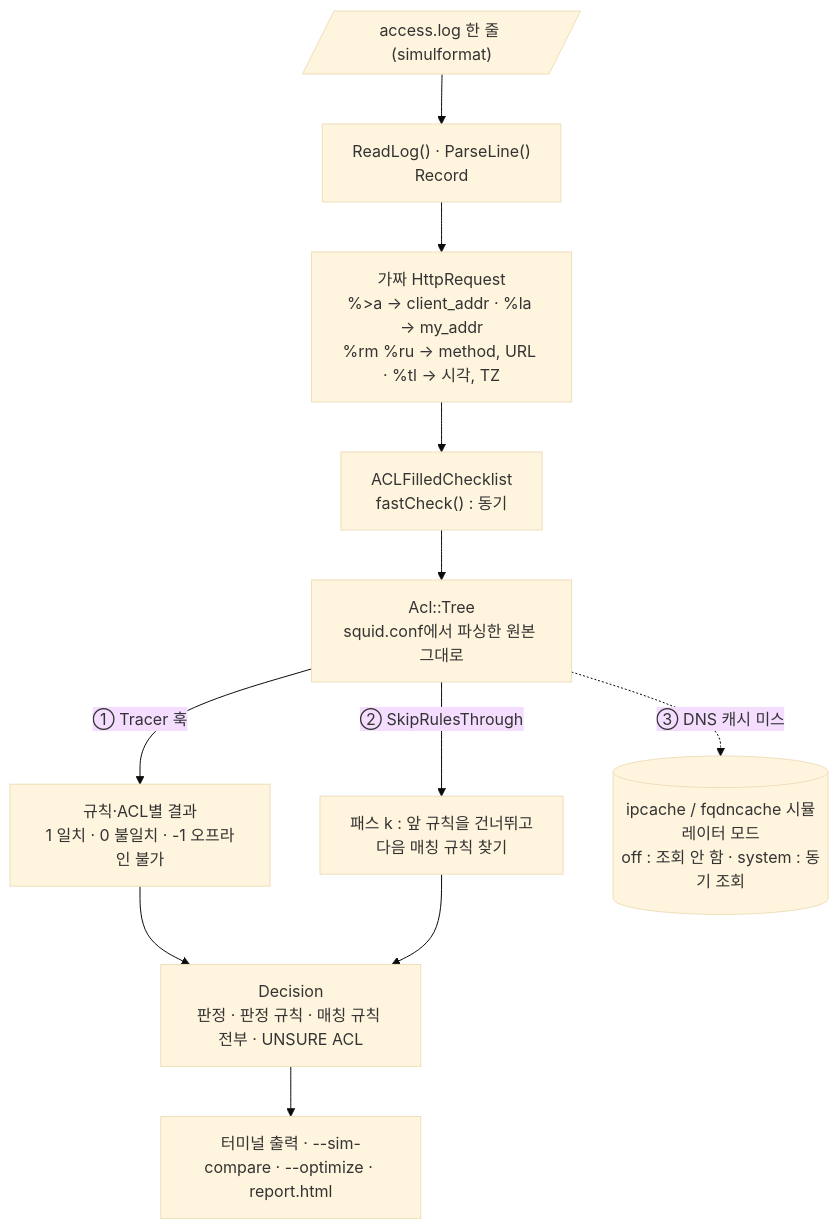
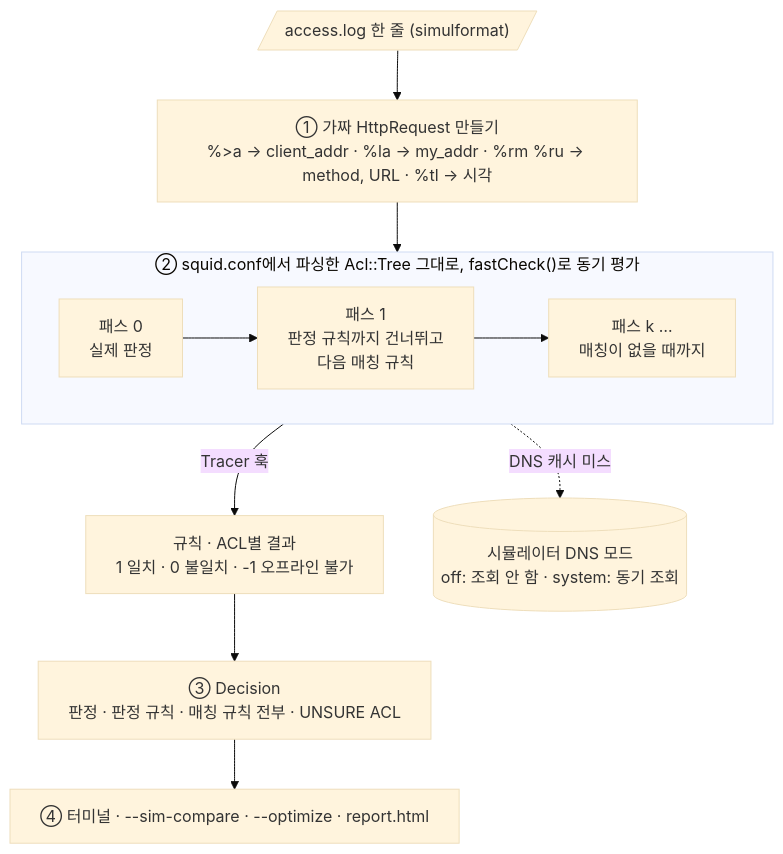
The second of 2 diagrams in README.md (hyeonsa-claude/squid-simulator), drawn with Mermaid (base theme) before and after one commit. The commit also changed other lines of this file, not shown here.

Commit message:
README: compact the two diagrams so labels do not wrap mid-word

````diff
--- a/README.md
+++ b/README.md
@@ -139,13 +138,16 @@
 ```mermaid
+%%{init: {"flowchart": {"wrappingWidth": 420}}}%%
 flowchart TD
-    LOG[/"access.log 한 줄 (simulformat)"/] --> P["ReadLog() · ParseLine()<br/>Record"]
-    P --> RQ["가짜 HttpRequest<br/>%>a → client_addr · %la → my_addr<br/>%rm %ru → method, URL · %tl → 시각, TZ"]
-    RQ --> F["ACLFilledChecklist<br/>fastCheck() : 동기"]
-    F --> T["Acl::Tree<br/>squid.conf에서 파싱한 원본 그대로"]
-    T -->|"① Tracer 훅"| OBS["규칙·ACL별 결과<br/>1 일치 · 0 불일치 · -1 오프라인 불가"]
-    T -->|"② SkipRulesThrough"| MP["패스 k : 앞 규칙을 건너뛰고<br/>다음 매칭 규칙 찾기"]
-    T -.->|"③ DNS 캐시 미스"| DNS[("ipcache / fqdncache 시뮬레이터 모드<br/>off : 조회 안 함 · system : 동기 조회")]
-    OBS --> DEC["Decision<br/>판정 · 판정 규칙 · 매칭 규칙 전부 · UNSURE ACL"]
-    MP --> DEC
-    DEC --> OUT["터미널 출력 · --sim-compare · --optimize · report.html"]
+    LOG[/"access.log 한 줄 (simulformat)"/] --> RQ["① 가짜 HttpRequest 만들기<br/>%>a → client_addr · %la → my_addr · %rm %ru → method, URL · %tl → 시각"]
+    RQ --> T
+
+    subgraph T["② squid.conf에서 파싱한 Acl::Tree 그대로, fastCheck()로 동기 평가"]
+        direction LR
+        P0["패스 0<br/>실제 판정"] --> P1["패스 1<br/>판정 규칙까지 건너뛰고<br/>다음 매칭 규칙"] --> PK["패스 k …<br/>매칭이 없을 때까지"]
+    end
+
+    T -->|"Tracer 훅"| OBS["규칙 · ACL별 결과<br/>1 일치 · 0 불일치 · -1 오프라인 불가"]
+    T -.->|"DNS 캐시 미스"| DNS[("시뮬레이터 DNS 모드<br/>off: 조회 안 함 · system: 동기 조회")]
+    OBS --> DEC["③ Decision<br/>판정 · 판정 규칙 · 매칭 규칙 전부 · UNSURE ACL"]
+    DEC --> OUT["④ 터미널 · --sim-compare · --optimize · report.html"]
 ```
````
